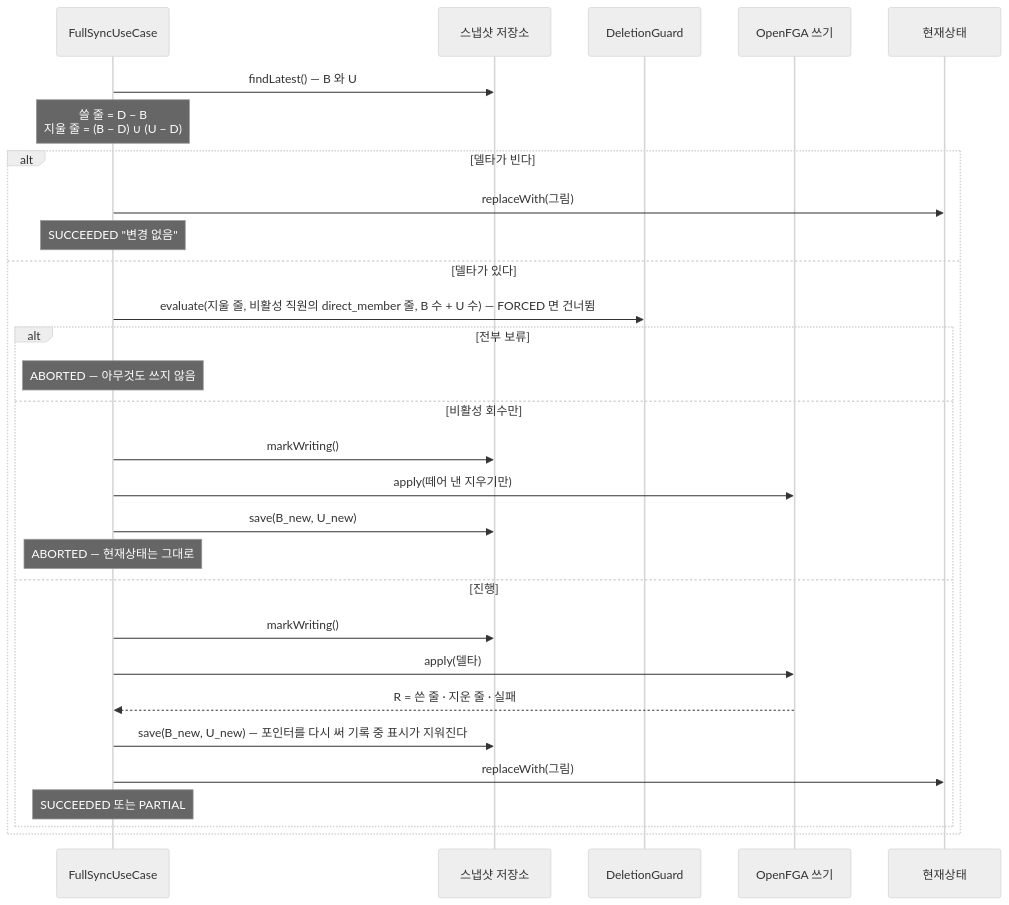
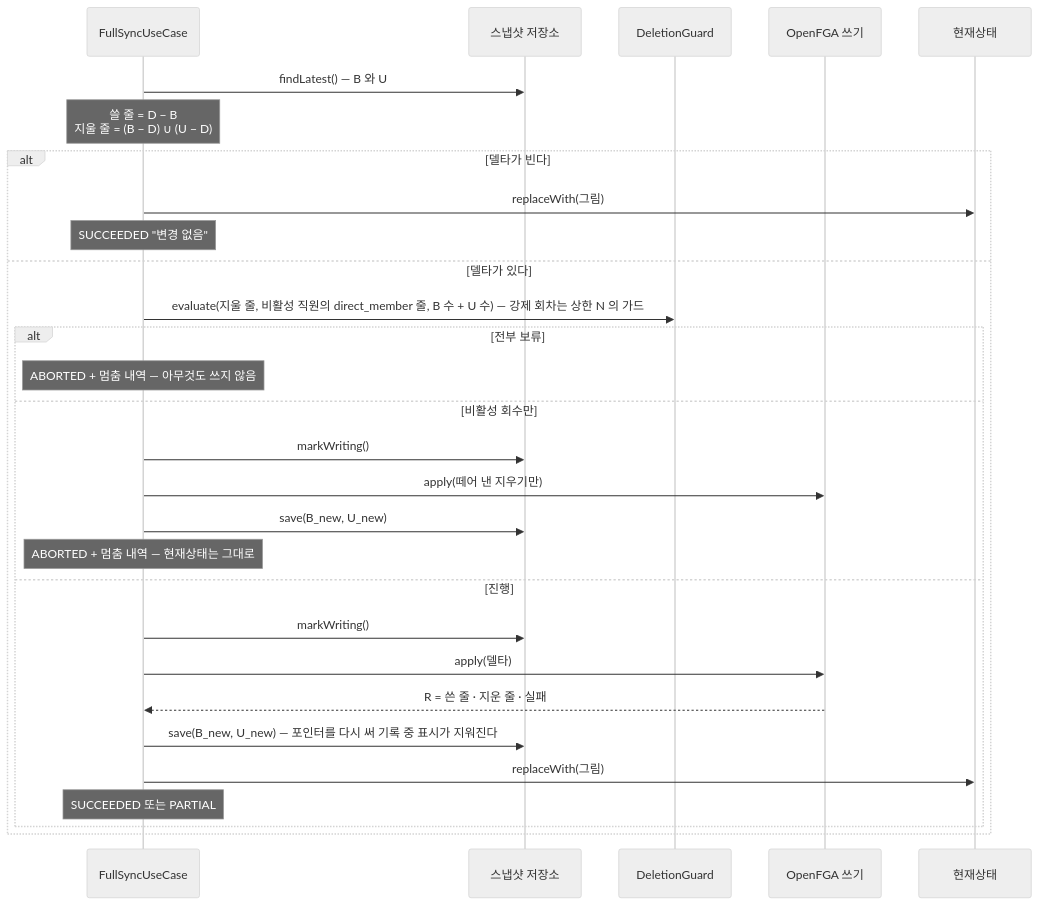
One commit to starryeye/organization changed the second of 5 diagrams in docs/onboarding/05-LDAP-동기화.md. Above: the diagram before and after it, drawn with Mermaid (neutral theme). The commit also changed other lines of this file and 12 other files, not shown here.

````diff
--- a/docs/onboarding/05-LDAP-동기화.md
+++ b/docs/onboarding/05-LDAP-동기화.md
@@ -493,32 +494,32 @@
 ```mermaid
 sequenceDiagram
     participant J as FullSyncUseCase
     participant S as 스냅샷 저장소
     participant G as DeletionGuard
     participant W as OpenFGA 쓰기
     participant D as 현재상태
 
     J->>S: findLatest() — B 와 U
     Note over J: 쓸 줄 = D − B<br/>지울 줄 = (B − D) ∪ (U − D)
     alt 델타가 빈다
         J->>D: replaceWith(그림)
         Note over J: SUCCEEDED "변경 없음"
     else 델타가 있다
-        J->>G: evaluate(지울 줄, 비활성 직원의 direct_member 줄, B 수 + U 수) — FORCED 면 건너뜀
+        J->>G: evaluate(지울 줄, 비활성 직원의 direct_member 줄, B 수 + U 수) — 강제 회차는 상한 N 의 가드
         alt 전부 보류
-            Note over J: ABORTED — 아무것도 쓰지 않음
+            Note over J: ABORTED + 멈춤 내역 — 아무것도 쓰지 않음
         else 비활성 회수만
             J->>S: markWriting()
             J->>W: apply(떼어 낸 지우기만)
             J->>S: save(B_new, U_new)
-            Note over J: ABORTED — 현재상태는 그대로
+            Note over J: ABORTED + 멈춤 내역 — 현재상태는 그대로
         else 진행
             J->>S: markWriting()
             J->>W: apply(델타)
             W-->>J: R = 쓴 줄 · 지운 줄 · 실패
             J->>S: save(B_new, U_new) — 포인터를 다시 써 기록 중 표시가 지워진다
             J->>D: replaceWith(그림)
             Note over J: SUCCEEDED 또는 PARTIAL
         end
     end
 ```
````
